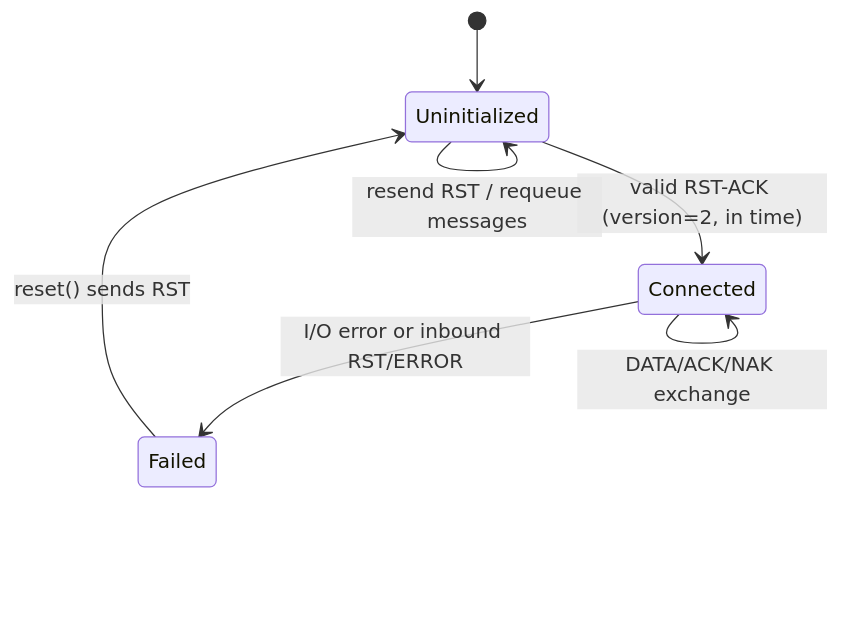
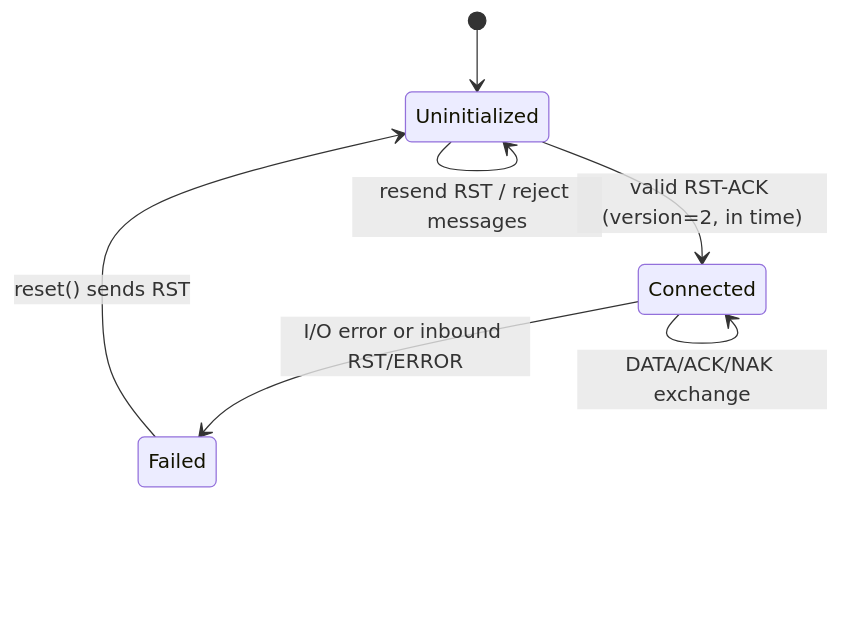
The second of 4 diagrams in ARCHITECTURE.md (PaulmannLighting/ashv2), drawn with Mermaid before and after one commit. The commit also changed other lines of this file and 8 other files, not shown here.

````diff
--- a/ARCHITECTURE.md
+++ b/ARCHITECTURE.md
@@ -85,9 +88,9 @@
 ```mermaid
 stateDiagram-v2
     [*] --> Uninitialized
     Uninitialized --> Connected: valid RST-ACK (version=2, in time)
-    Uninitialized --> Uninitialized: resend RST / requeue messages
+    Uninitialized --> Uninitialized: resend RST / reject messages
     Connected --> Failed: I/O error or inbound RST/ERROR
     Failed --> Uninitialized: reset() sends RST
     Connected --> Connected: DATA/ACK/NAK exchange
 ```
````
